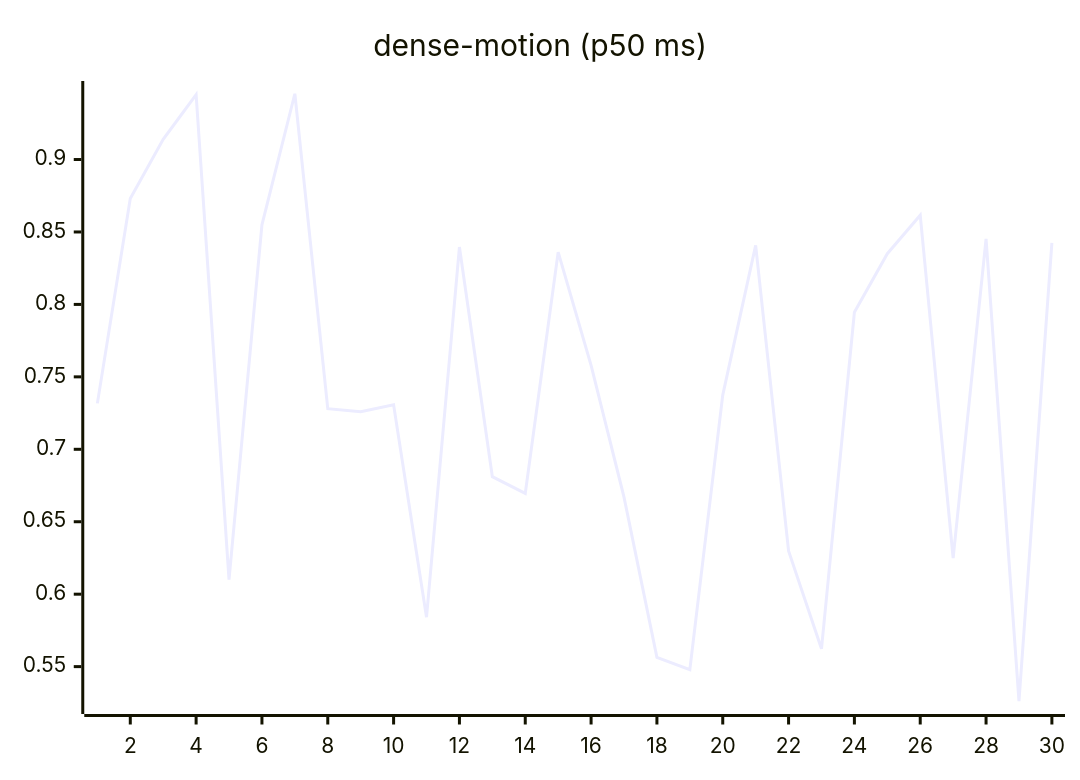
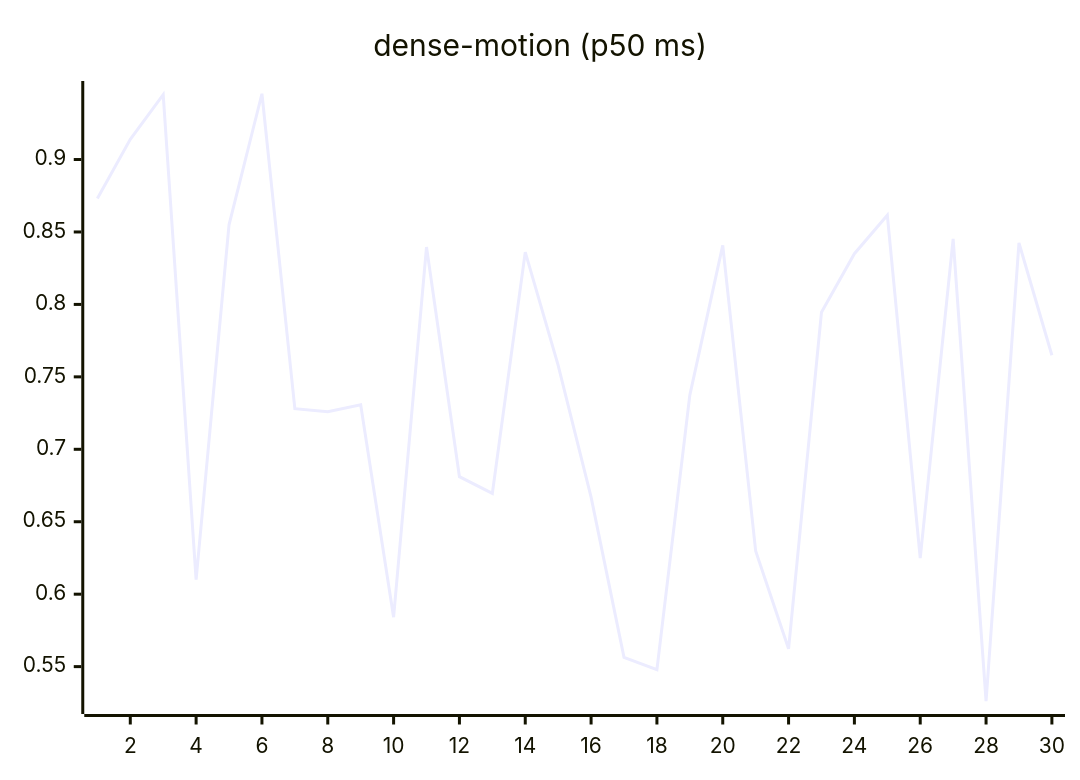
Before and after one commit to josha/Facet: the ninth of 27 diagrams in README.md, drawn with Mermaid. The commit also changed other lines of this file and 2 other files, not shown here.

````diff
--- a/README.md
+++ b/README.md
@@ -119,6 +119,6 @@
 ```mermaid
 xychart-beta
     title "dense-motion (p50 ms)"
     x-axis 1 --> 30
-    line [0.7317, 0.8731, 0.9139, 0.9448, 0.6101, 0.8549, 0.9454, 0.7280, 0.7259, 0.7307, 0.5841, 0.8396, 0.6811, 0.6696, 0.8361, 0.7579, 0.6670, 0.5564, 0.5479, 0.7374, 0.8407, 0.6299, 0.5623, 0.7946, 0.8350, 0.8616, 0.6249, 0.8453, 0.5261, 0.8424]
+    line [0.8731, 0.9139, 0.9448, 0.6101, 0.8549, 0.9454, 0.7280, 0.7259, 0.7307, 0.5841, 0.8396, 0.6811, 0.6696, 0.8361, 0.7579, 0.6670, 0.5564, 0.5479, 0.7374, 0.8407, 0.6299, 0.5623, 0.7946, 0.8350, 0.8616, 0.6249, 0.8453, 0.5261, 0.8424, 0.7649]
 ```
````
